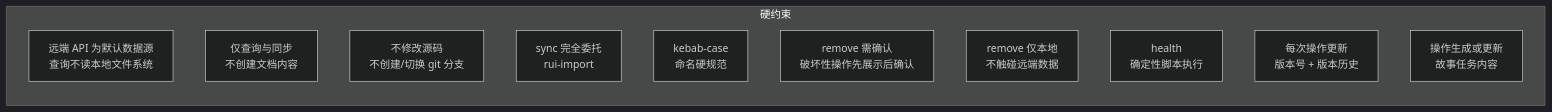
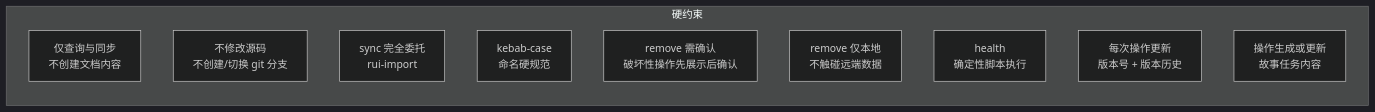
One commit to effiy/YrY changed the tenth of 12 diagrams in skills/rui-story/SKILL.md. Above: the diagram before and after it, drawn with Mermaid (dark theme). The commit also changed other lines of this file and 42 other files, not shown here.

First line of the commit message:
feat: apply Mermaid authoring rules (M1-M12) across entire codebase

````diff
--- a/skills/rui-story/SKILL.md
+++ b/skills/rui-story/SKILL.md
@@ -293,16 +310,17 @@
 ```mermaid
 flowchart LR
     subgraph 规则["硬约束"]
-        R1["远端 API 为默认数据源<br/>查询不读本地文件系统"]:::rule
+        direction TB
         R2["仅查询与同步<br/>不创建文档内容"]:::rule
         R3["不修改源码<br/>不创建/切换 git 分支"]:::rule
         R4["sync 完全委托<br/>rui-import"]:::rule
         R5["kebab-case<br/>命名硬规范"]:::rule
         R6["remove 需确认<br/>破坏性操作先展示后确认"]:::rule
         R7["remove 仅本地<br/>不触碰远端数据"]:::rule
         R8["health<br/>确定性脚本执行"]:::rule
         R9["每次操作更新<br/>版本号 + 版本历史"]:::rule
         R10["操作生成或更新<br/>故事任务内容"]:::rule
     end
 
+
 ```
````
